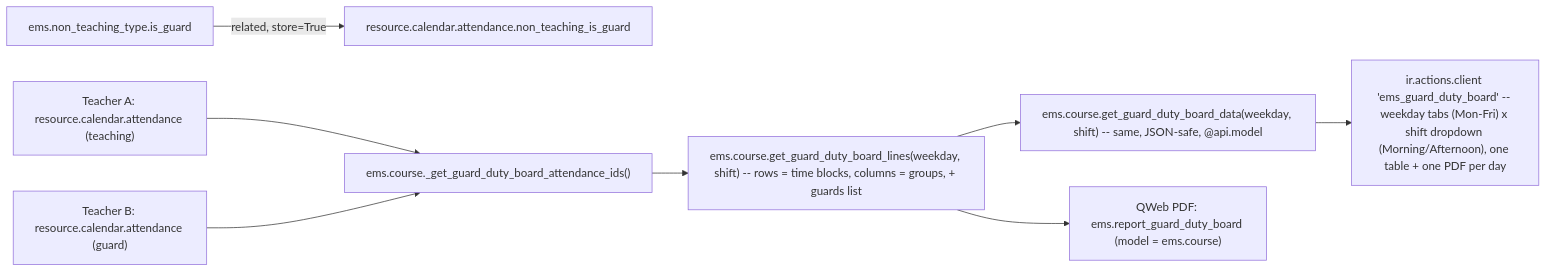
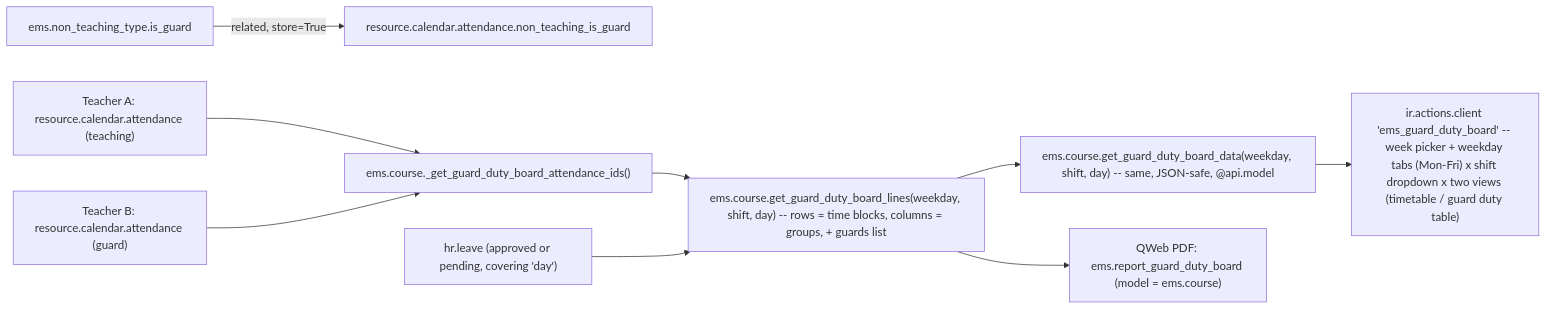
Before and after one commit to ElPuig/IMS: the first of 2 diagrams in docs/en/developers/attendance/guard_duty_board.md, drawn with Mermaid. The commit also changed other lines of this file and 12 other files, not shown here.

Commit message:
Show approved and pending absences on the guard duty board

````diff
--- a/docs/en/developers/attendance/guard_duty_board.md
+++ b/docs/en/developers/attendance/guard_duty_board.md
@@ -14,10 +14,11 @@
 ```mermaid
 flowchart LR
     NT["ems.non_teaching_type.is_guard"] -->|related, store=True| ATT["resource.calendar.attendance.non_teaching_is_guard"]
     T1["Teacher A: resource.calendar.attendance (teaching)"] --> AGG["ems.course._get_guard_duty_board_attendance_ids()"]
     T2["Teacher B: resource.calendar.attendance (guard)"] --> AGG
-    AGG --> LINES["ems.course.get_guard_duty_board_lines(weekday, shift) -- rows = time blocks, columns = groups, + guards list"]
-    LINES --> DATA["ems.course.get_guard_duty_board_data(weekday, shift) -- same, JSON-safe, @api.model"]
+    AGG --> LINES["ems.course.get_guard_duty_board_lines(weekday, shift, day) -- rows = time blocks, columns = groups, + guards list"]
+    ABS["hr.leave (approved or pending, covering 'day')"] --> LINES
+    LINES --> DATA["ems.course.get_guard_duty_board_data(weekday, shift, day) -- same, JSON-safe, @api.model"]
     LINES --> PDF["QWeb PDF: ems.report_guard_duty_board (model = ems.course)"]
-    DATA --> W["ir.actions.client 'ems_guard_duty_board' -- weekday tabs (Mon-Fri) x shift dropdown (Morning/Afternoon), one table + one PDF per day"]
+    DATA --> W["ir.actions.client 'ems_guard_duty_board' -- week picker + weekday tabs (Mon-Fri) x shift dropdown x two views (timetable / guard duty table)"]
 ```
````
